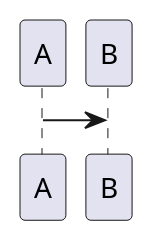
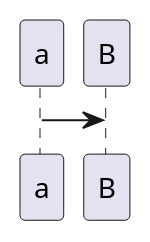
One commit to HyagoMV/curso-java-web changed the diagram in README.md. Above: the diagram before and after it, drawn with PlantUML.

````diff
--- a/README.md
+++ b/README.md
@@ -21,3 +21,3 @@
-```puml
-A -> B
-```
+@startuml
+a->B
+@enduml
````
